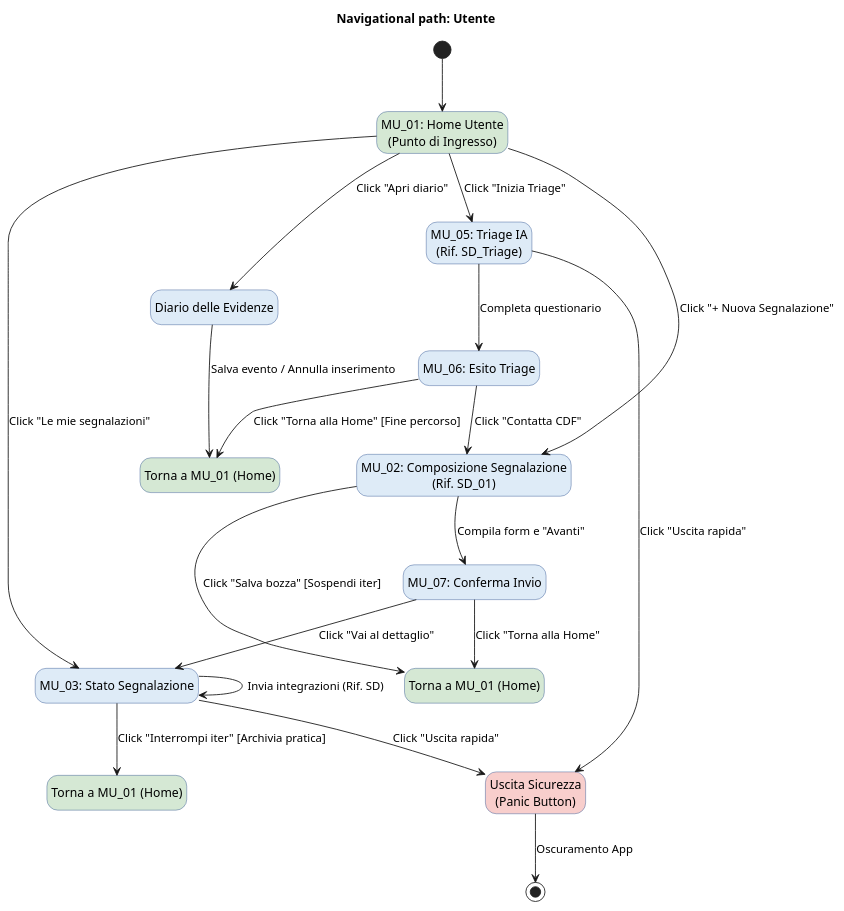
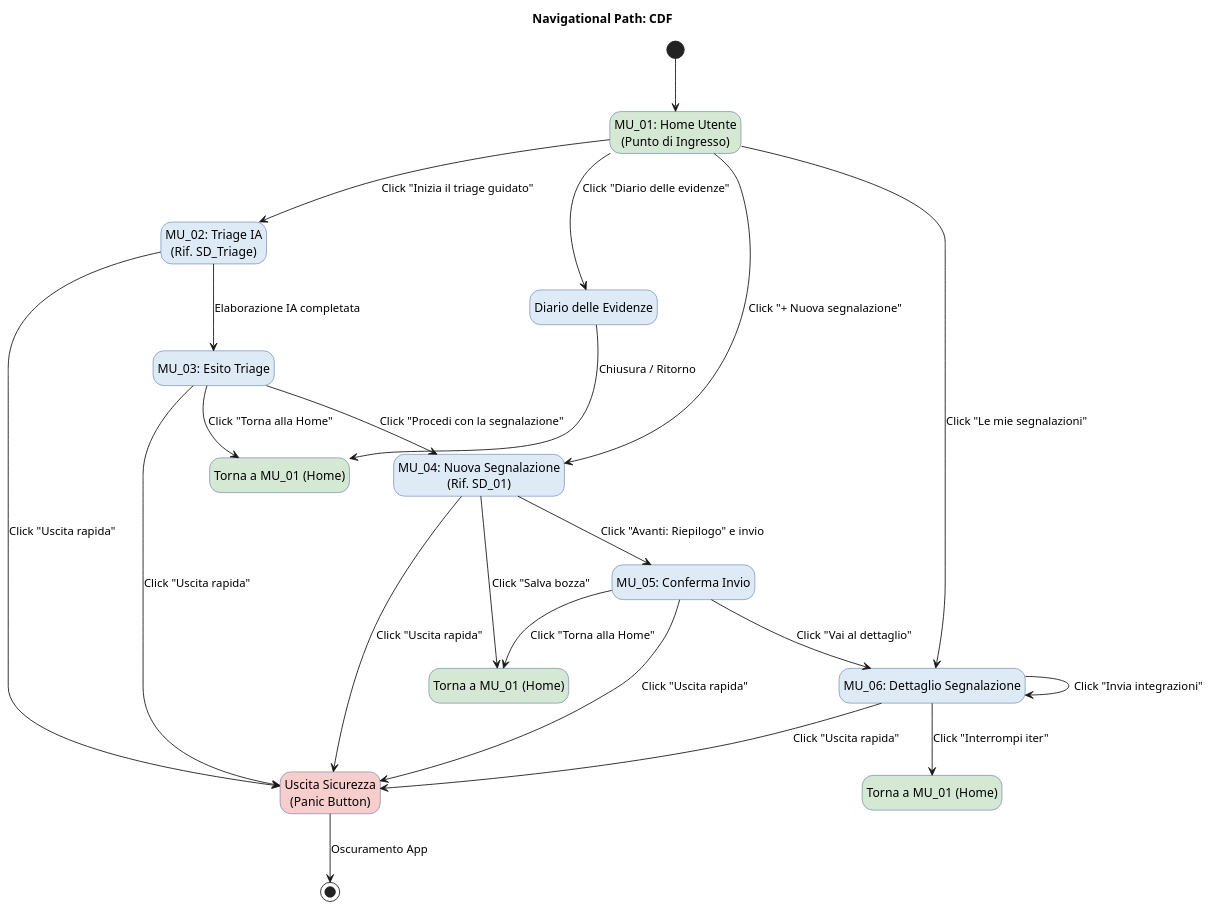
Before and after one commit to pharos-oss/pharos: the diagram in docs/models/navigational/NP_01_Utente.puml, drawn with PlantUML. The commit also changed 4 other files, not shown here.

```diff
--- a/docs/models/navigational/NP_01_Utente.puml
+++ b/docs/models/navigational/NP_01_Utente.puml
@@ -1,60 +1,63 @@
 @startuml NavigationalPath_Utente
-title Navigational path: Utente
+title Navigational Path: CDF
 hide empty description
+
 skinparam DefaultFontName Arial
 skinparam nodesep 50
 skinparam ranksep 60
+
 skinparam StateStartColor Black
 skinparam StateEndColor Black
+
 skinparam state {
     BackgroundColor #DEEBF7
     BorderColor #2F528F
 }
 
-' Punto di ingresso principale (Verde per evidenziarlo)
 state "MU_01: Home Utente\n(Punto di Ingresso)" as Home #D5E8D4
 
-' Schermate operative
 state "Diario delle Evidenze" as Diario
-state "MU_05: Triage IA\n(Rif. SD_Triage)" as MU05
-state "MU_06: Esito Triage" as MU06
-state "MU_02: Composizione Segnalazione\n(Rif. SD_01)" as MU02
-state "MU_07: Conferma Invio" as MU07
-state "MU_03: Stato Segnalazione" as MU03
+state "MU_02: Triage IA\n(Rif. SD_Triage)" as MU02
+state "MU_03: Esito Triage" as MU03
+state "MU_04: Nuova Segnalazione\n(Rif. SD_01)" as MU04
+state "MU_05: Conferma Invio" as MU05
+state "MU_06: Dettaglio Segnalazione" as MU06
 state "Uscita Sicurezza\n(Panic Button)" as Panic #F8CECC
 
-' Nodi terminatori per il ritorno (Evitano l'effetto ragnatela)
 state "Torna a MU_01 (Home)" as R1 #D5E8D4
 state "Torna a MU_01 (Home)" as R2 #D5E8D4
 state "Torna a MU_01 (Home)" as R3 #D5E8D4
 
 [*] --> Home
 
 ' --- FLUSSO 1: DIARIO ---
-Home --> Diario : Click "Apri diario"
-Diario --> R1 : Salva evento / Annulla inserimento
+Home --> Diario : Click "Diario delle evidenze"
+Diario --> R1 : Chiusura / Ritorno
 
 ' --- FLUSSO 2: TRIAGE IA ---
-Home --> MU05 : Click "Inizia Triage"
-MU05 --> MU06 : Completa questionario
-MU06 --> R1 : Click "Torna alla Home" [Fine percorso]
-MU06 --> MU02 : Click "Contatta CDF"
+Home --> MU02 : Click "Inizia il triage guidato"
+MU02 --> MU03 : Elaborazione IA completata
+MU03 --> MU04 : Click "Procedi con la segnalazione"
+MU03 --> R1 : Click "Torna alla Home"
 
 ' --- FLUSSO 3: COMPOSIZIONE E INVIO ---
-Home --> MU02 : Click "+ Nuova Segnalazione"
-MU02 --> R2 : Click "Salva bozza" [Sospendi iter]
-MU02 --> MU07 : Compila form e "Avanti"
-MU07 --> MU03 : Click "Vai al dettaglio"
-MU07 --> R2 : Click "Torna alla Home"
+Home --> MU04 : Click "+ Nuova segnalazione"
+MU04 --> R2 : Click "Salva bozza"
+MU04 --> MU05 : Click "Avanti: Riepilogo" e invio
+MU05 --> MU06 : Click "Vai al dettaglio"
+MU05 --> R2 : Click "Torna alla Home"
 
-' --- FLUSSO 4: MONITORAGGIO PRATICA ---
-Home --> MU03 : Click "Le mie segnalazioni"
-MU03 --> MU03 : Invia integrazioni (Rif. SD)
-MU03 --> R3 : Click "Interrompi iter" [Archivia pratica]
+' --- FLUSSO 4: MONITORAGGIO ---
+Home --> MU06 : Click "Le mie segnalazioni"
+MU06 --> MU06 : Click "Invia integrazioni"
+MU06 --> R3 : Click "Interrompi iter"
 
-' --- FLUSSO DI EMERGENZA (PANIC BUTTON) ---
+' --- FLUSSO DI EMERGENZA (USCITA RAPIDA) ---
+MU02 --> Panic : Click "Uscita rapida"
+MU03 --> Panic : Click "Uscita rapida"
+MU04 --> Panic : Click "Uscita rapida"
 MU05 --> Panic : Click "Uscita rapida"
-MU03 --> Panic : Click "Uscita rapida"
+MU06 --> Panic : Click "Uscita rapida"
 Panic --> [*] : Oscuramento App
 
 @enduml
```
